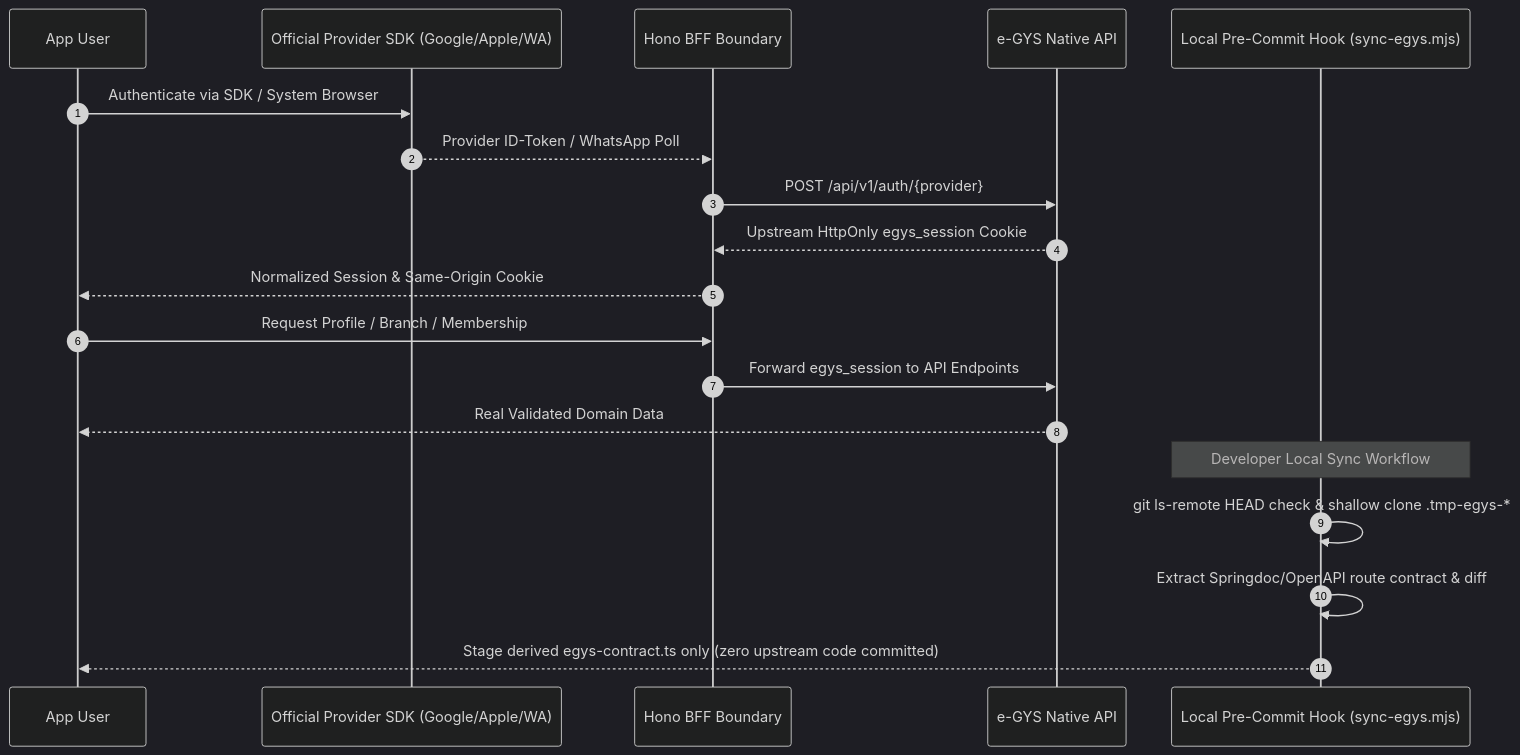
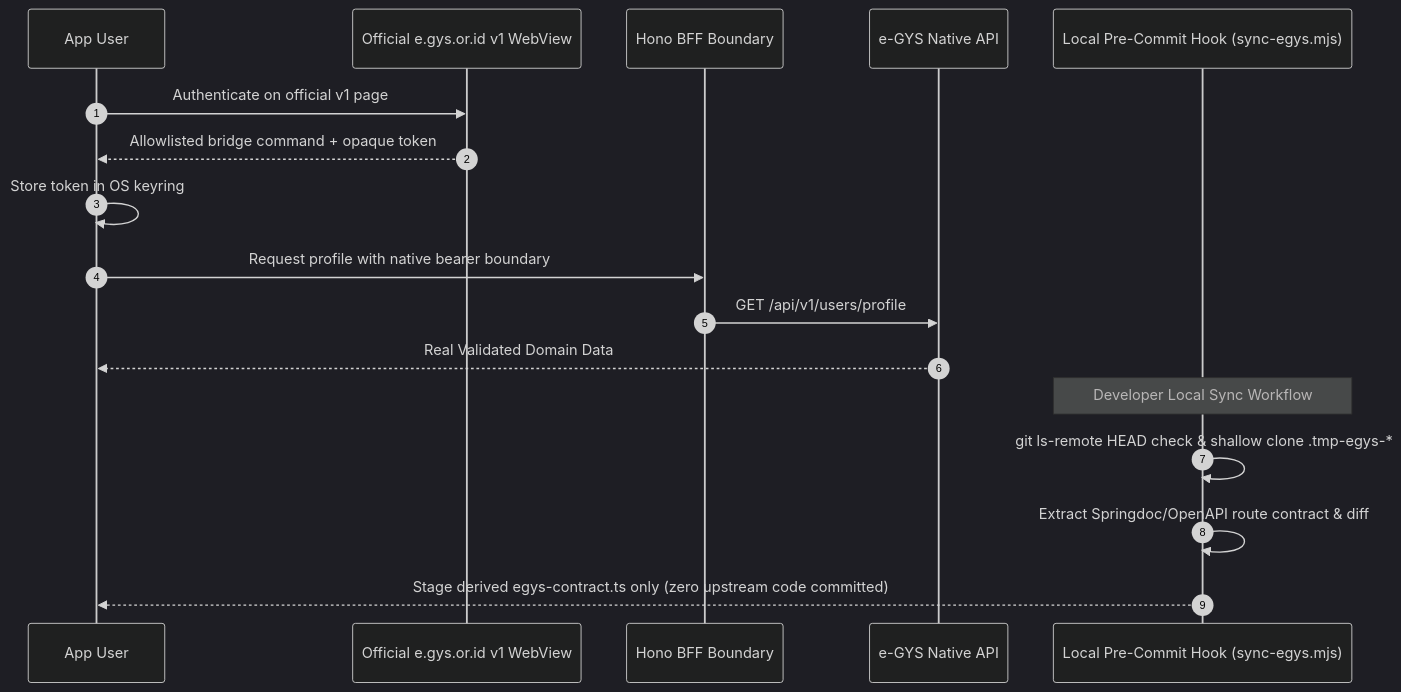
Before and after one commit to gyspnk/GYSApp-Tauri: diagram 17 of 21 in docs/architecture.md, drawn with Mermaid (dark theme). The commit also changed other lines of this file and 92 other files, not shown here.

````diff
--- a/docs/architecture.md
+++ b/docs/architecture.md
@@ -382,22 +380,20 @@
 ```mermaid
 sequenceDiagram
   autonumber
   participant User as App User
-  participant Provider as Official Provider SDK (Google/Apple/WA)
+  participant Login as Official e.gys.or.id v1 WebView
   participant BFF as Hono BFF Boundary
   participant EGYS as e-GYS Native API
   participant Hook as Local Pre-Commit Hook (sync-egys.mjs)
 
-  User->>Provider: Authenticate via SDK / System Browser
-  Provider-->>BFF: Provider ID-Token / WhatsApp Poll
-  BFF->>EGYS: POST /api/v1/auth/{provider}
-  EGYS-->>BFF: Upstream HttpOnly egys_session Cookie
-  BFF-->>User: Normalized Session & Same-Origin Cookie
-  User->>BFF: Request Profile / Branch / Membership
-  BFF->>EGYS: Forward egys_session to API Endpoints
+  User->>Login: Authenticate on official v1 page
+  Login-->>User: Allowlisted bridge command + opaque token
+  User->>User: Store token in OS keyring
+  User->>BFF: Request profile with native bearer boundary
+  BFF->>EGYS: GET /api/v1/users/profile
   EGYS-->>User: Real Validated Domain Data
   Note over Hook: Developer Local Sync Workflow
   Hook->>Hook: git ls-remote HEAD check & shallow clone .tmp-egys-*
   Hook->>Hook: Extract Springdoc/OpenAPI route contract & diff
   Hook-->>User: Stage derived egys-contract.ts only (zero upstream code committed)
 ```
````
